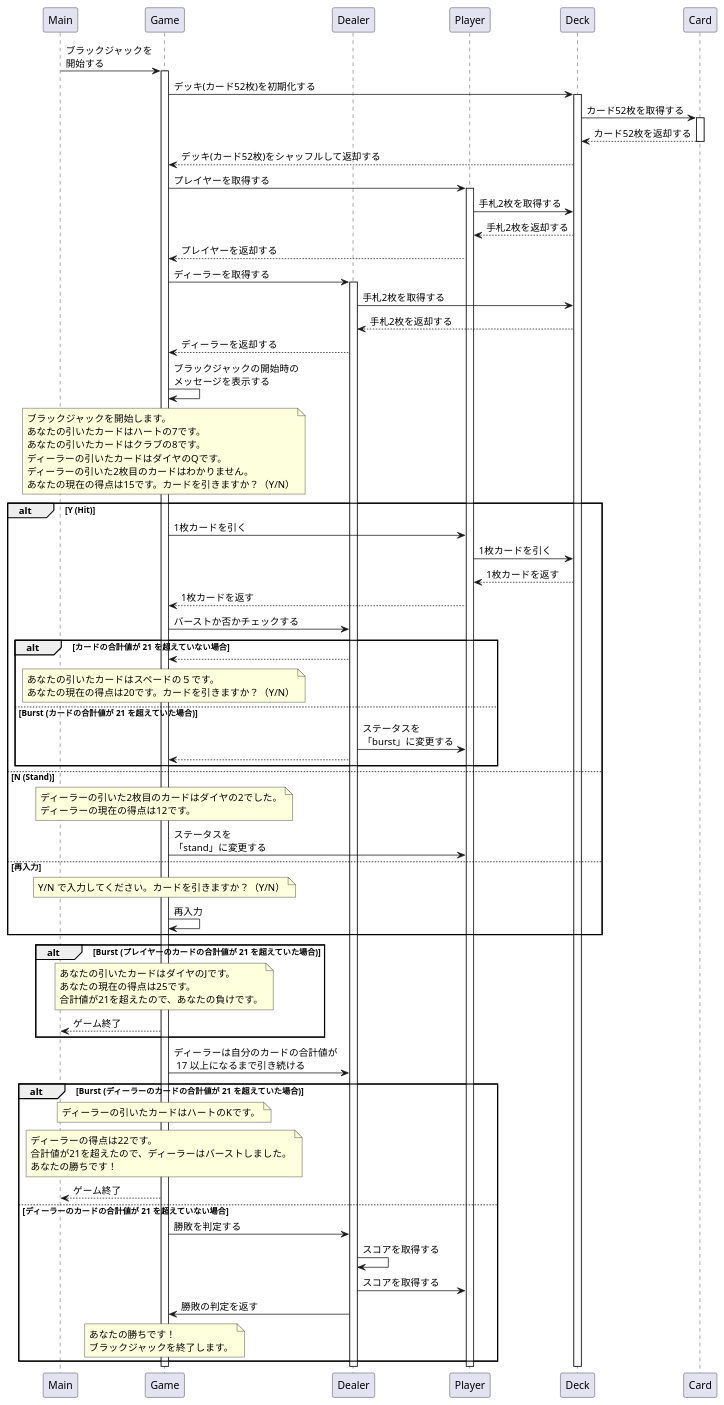
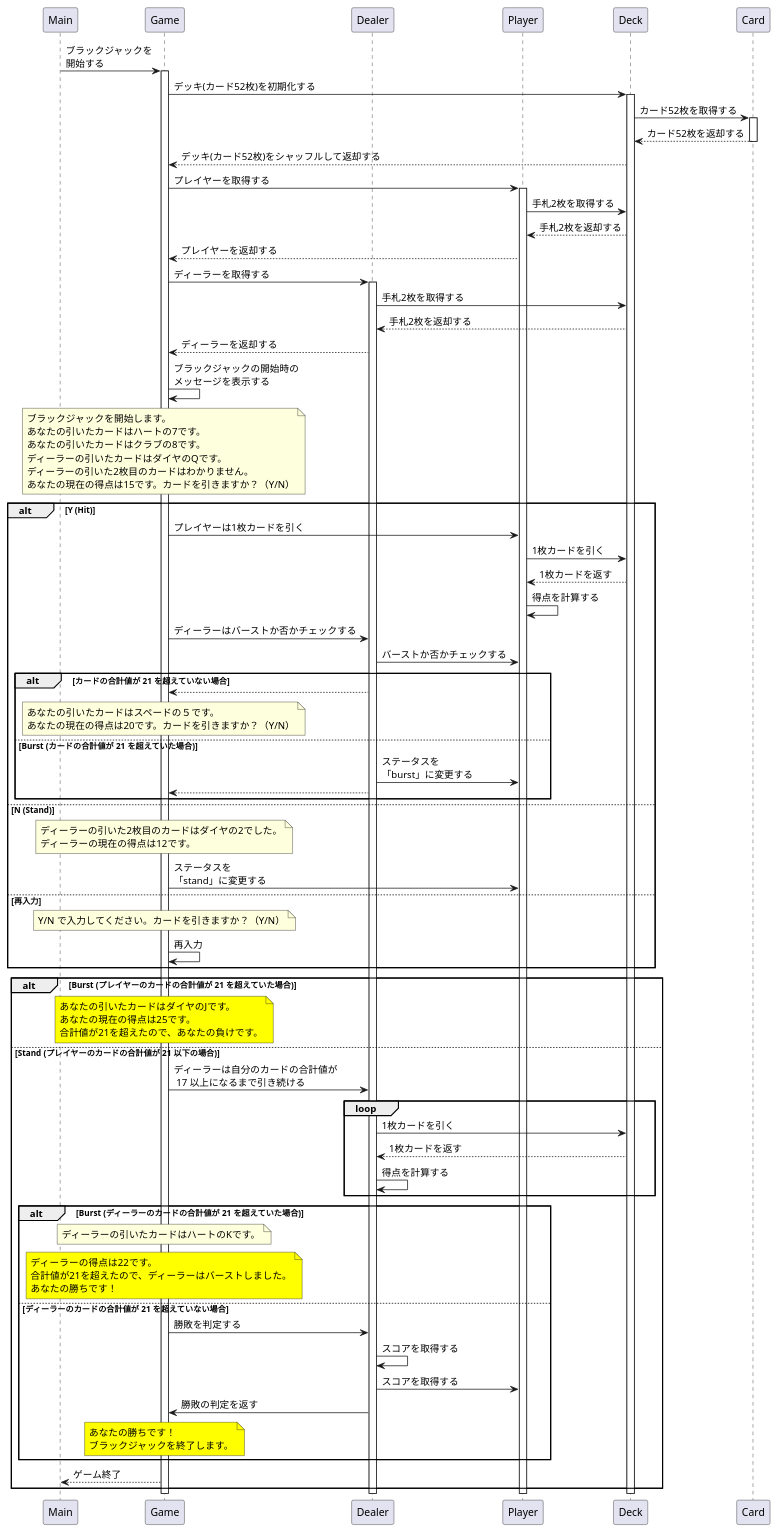
One commit to ryamate/php-oop-cli-blackjack changed the diagram in src/docs/sequence.plantuml. Above: the diagram before and after it, drawn with PlantUML. The commit also changed 4 other files, not shown here.

```diff
--- a/src/docs/sequence.plantuml
+++ b/src/docs/sequence.plantuml
@@ -1,121 +1,127 @@
 @startuml Blackjack
 participant Main order 10
 participant Game order 20
 participant Dealer order 30
 participant Player order 40
 participant Deck order 50
 participant Card order 60
 
 skinparam responseMessageBelowArrow true
 Main -> Game : ブラックジャックを\n開始する
 activate Game
 Game -> Deck : デッキ(カード52枚)を初期化する
 activate Deck
 Deck -> Card : カード52枚を取得する
 activate Card
 Card --> Deck : カード52枚を返却する
 deactivate Card
 Deck --> Game : デッキ(カード52枚)をシャッフルして返却する
 
 Game -> Player : プレイヤーを取得する
 activate Player
 Player -> Deck : 手札2枚を取得する
 Deck --> Player : 手札2枚を返却する
 Player --> Game : プレイヤーを返却する
 
 Game ->  Dealer : ディーラーを取得する
 activate  Dealer
 Dealer -> Deck : 手札2枚を取得する
 Deck --> Dealer : 手札2枚を返却する
 Dealer --> Game : ディーラーを返却する
 
 Game ->  Game : ブラックジャックの開始時の\nメッセージを表示する
 
 note over Game
   ブラックジャックを開始します。
   あなたの引いたカードはハートの7です。
   あなたの引いたカードはクラブの8です。
   ディーラーの引いたカードはダイヤのQです。
   ディーラーの引いた2枚目のカードはわかりません。
   あなたの現在の得点は15です。カードを引きますか？（Y/N）
 end note
 
 alt Y (Hit)
-  Game -> Player : 1枚カードを引く
+  Game -> Player : プレイヤーは1枚カードを引く
   Player -> Deck : 1枚カードを引く
   Deck --> Player : 1枚カードを返す
-  Player --> Game : 1枚カードを返す
+  Player -> Player : 得点を計算する
 
-  Game -> Dealer : バーストか否かチェックする
+  Game -> Dealer : ディーラーはバーストか否かチェックする
+  Dealer -> Player : バーストか否かチェックする
 
   alt カードの合計値が 21 を超えていない場合
     Dealer --> Game :
     note over Game
       あなたの引いたカードはスペードの５です。
       あなたの現在の得点は20です。カードを引きますか？（Y/N）
     end note
   else Burst (カードの合計値が 21 を超えていた場合)
     Dealer -> Player : ステータスを\n「burst」に変更する
     Dealer --> Game :
 
   end
 else N (Stand)
 
   note over Game
     ディーラーの引いた2枚目のカードはダイヤの2でした。
     ディーラーの現在の得点は12です。
   end note
 
   Game -> Player : ステータスを\n「stand」に変更する
 
 else 再入力
   note over Game
     Y/N で入力してください。カードを引きますか？（Y/N）
   end note
   Game -> Game : 再入力
 end
 
 alt Burst (プレイヤーのカードの合計値が 21 を超えていた場合)
-  note over Game
+
+  note over Game #Yellow
     あなたの引いたカードはダイヤのJです。
     あなたの現在の得点は25です。
     合計値が21を超えたので、あなたの負けです。
   end note
+
+else Stand (プレイヤーのカードの合計値が 21 以下の場合)
+
+    Game -> Dealer : ディーラーは自分のカードの合計値が\n 17 以上になるまで引き続ける
+  loop
+    Dealer -> Deck : 1枚カードを引く
+    Deck --> Dealer : 1枚カードを返す
+    Dealer -> Dealer : 得点を計算する
+  end
+
+  alt Burst (ディーラーのカードの合計値が 21 を超えていた場合)
+
+    note over Game
+      ディーラーの引いたカードはハートのKです。
+    end note
+    note over Game #Yellow
+      ディーラーの得点は22です。
+      合計値が21を超えたので、ディーラーはバーストしました。
+      あなたの勝ちです！
+    end note
+
+  else ディーラーのカードの合計値が 21 を超えていない場合
+
+    Game -> Dealer : 勝敗を判定する
+    Dealer -> Dealer : スコアを取得する
+    Dealer -> Player : スコアを取得する
+    Dealer -> Game : 勝敗の判定を返す
+
+    note over Game #Yellow
+      あなたの勝ちです！
+      ブラックジャックを終了します。
+    end note
+  end
   Game --> Main : ゲーム終了
-end
-
-Game -> Dealer : ディーラーは自分のカードの合計値が\n 17 以上になるまで引き続ける
-
-
-alt Burst (ディーラーのカードの合計値が 21 を超えていた場合)
-
-  note over Game
-    ディーラーの引いたカードはハートのKです。
-  end note
-  note over Game
-    ディーラーの得点は22です。
-    合計値が21を超えたので、ディーラーはバーストしました。
-    あなたの勝ちです！
-  end note
-  Game --> Main : ゲーム終了
-
-else ディーラーのカードの合計値が 21 を超えていない場合
-
-  Game -> Dealer : 勝敗を判定する
-  Dealer -> Dealer : スコアを取得する
-  Dealer -> Player : スコアを取得する
-  Dealer -> Game : 勝敗の判定を返す
-
-  note over Game
-    あなたの勝ちです！
-    ブラックジャックを終了します。
-  end note
-
 end
 
 deactivate Deck
 deactivate Game
 deactivate Dealer
 deactivate Player
 
 @enduml
```
